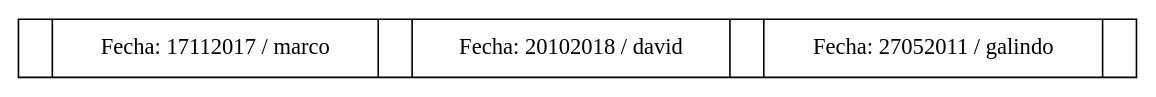
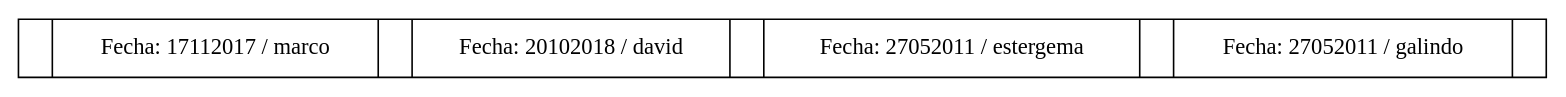
Before and after one commit to EstrellitaArmas/Proyecto2s22017_201212919: the diagram in arbolBHabitaciones.dot, drawn with Graphviz. The commit also changed 4 other files, not shown here.

```diff
--- a/arbolBHabitaciones.dot
+++ b/arbolBHabitaciones.dot
@@ -1,5 +1,5 @@
 digraph G{
 node [shape = record];
 rankdir = TD;
-activo_marco [label= "<r0> | <cl1>Fecha: 17112017 / marco &#92; | <r1> | <cl2>Fecha: 20102018 / david &#92; | <r2> | <cl3>Fecha: 27052011 / galindo &#92; | <r3> "];
+activo_marco [label= "<r0> | <cl1>Fecha: 17112017 / marco &#92; | <r1> | <cl2>Fecha: 20102018 / david &#92; | <r2> | <cl3>Fecha: 27052011 / estergema &#92; | <r3> | <cl4>Fecha: 27052011 / galindo &#92; | <r4> "];
 }
```
